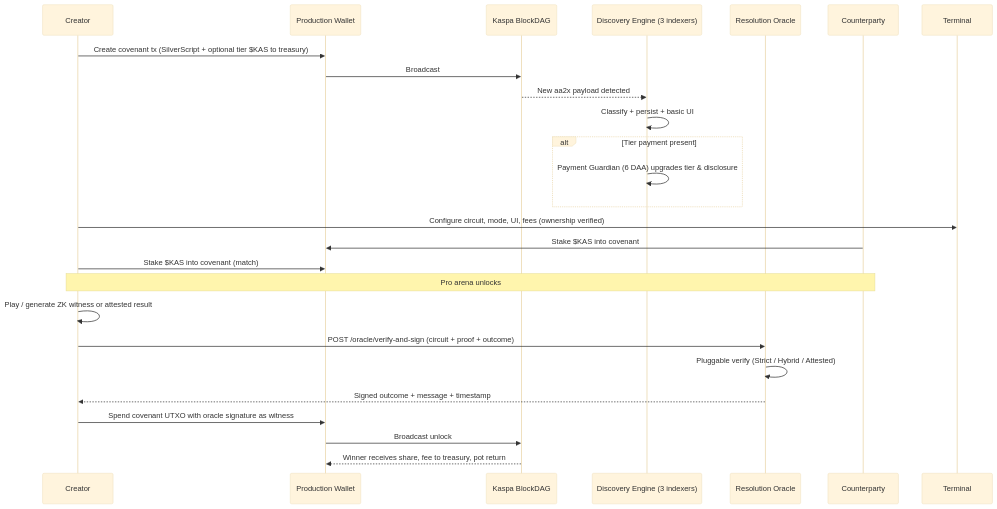
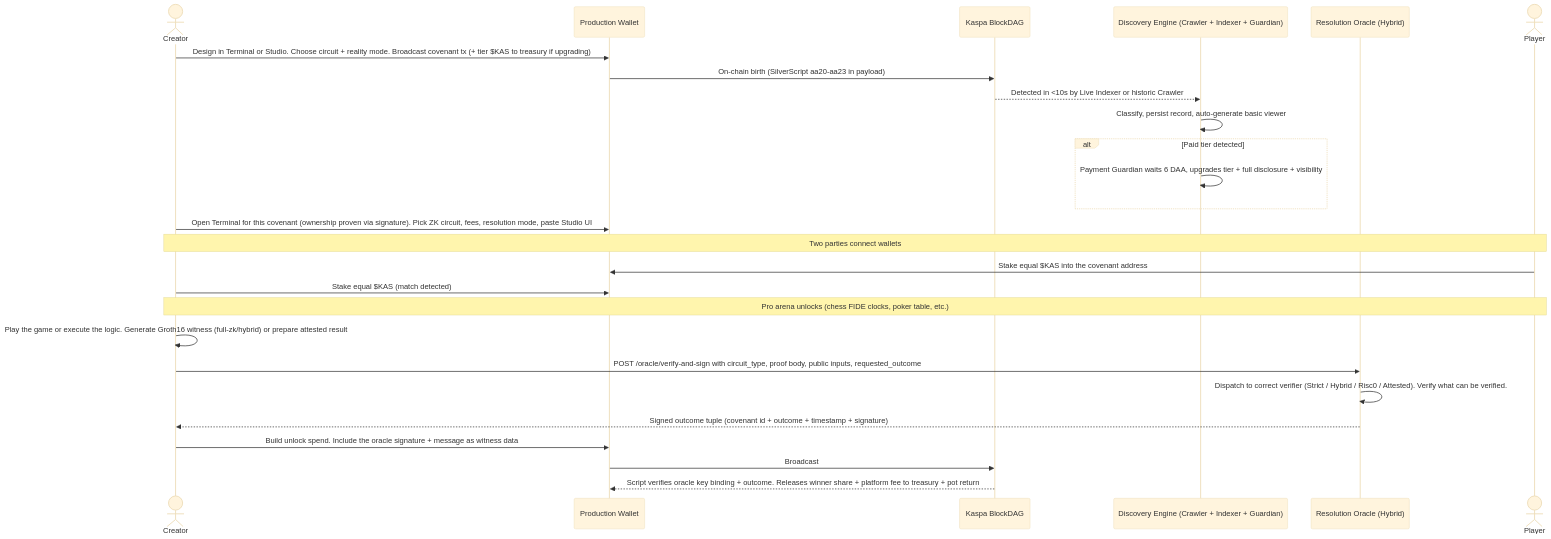
Before and after one commit to THTProtocol/Covex27: the fifth of 5 diagrams in README.md, drawn with Mermaid (base theme). The commit also changed other lines of this file, not shown here.

First line of the commit message:
docs(readme): Bigger focused mermaid diagrams + no em-dashes + more engaging narrative

````diff
--- a/README.md
+++ b/README.md
@@ -370,28 +368,29 @@
 ```mermaid
 sequenceDiagram
-    participant Creator
+    actor Creator
     participant Wallet as Production Wallet
     participant DAG as Kaspa BlockDAG
-    participant Disc as Discovery Engine (3 indexers)
-    participant Oracle as Resolution Oracle
-    participant Player as Counterparty
+    participant Disc as Discovery Engine (Crawler + Indexer + Guardian)
+    participant Oracle as Resolution Oracle (Hybrid)
+    actor Player
 
-    Creator->>Wallet: Create covenant tx (SilverScript + optional tier $KAS to treasury)
+    Creator->>Wallet: Design in Terminal or Studio. Choose circuit + reality mode. Broadcast covenant tx (+ tier $KAS to treasury if upgrading)
+    Wallet->>DAG: On-chain birth (SilverScript aa20-aa23 in payload)
+    DAG-->>Disc: Detected in <10s by Live Indexer or historic Crawler
+    Disc->>Disc: Classify, persist record, auto-generate basic viewer
+    alt Paid tier detected
+        Disc->>Disc: Payment Guardian waits 6 DAA, upgrades tier + full disclosure + visibility
+    end
+    Creator->>Wallet: Open Terminal for this covenant (ownership proven via signature). Pick ZK circuit, fees, resolution mode, paste Studio UI
+    Note over Creator,Player: Two parties connect wallets
+    Player->>Wallet: Stake equal $KAS into the covenant address
+    Creator->>Wallet: Stake equal $KAS (match detected)
+    Note over Creator,Player: Pro arena unlocks (chess FIDE clocks, poker table, etc.)
+    Creator->>Creator: Play the game or execute the logic. Generate Groth16 witness (full-zk/hybrid) or prepare attested result
+    Creator->>Oracle: POST /oracle/verify-and-sign with circuit_type, proof body, public inputs, requested_outcome
+    Oracle->>Oracle: Dispatch to correct verifier (Strict / Hybrid / Risc0 / Attested). Verify what can be verified.
+    Oracle-->>Creator: Signed outcome tuple (covenant id + outcome + timestamp + signature)
+    Creator->>Wallet: Build unlock spend. Include the oracle signature + message as witness data
     Wallet->>DAG: Broadcast
-    DAG-->>Disc: New aa2x payload detected
-    Disc->>Disc: Classify + persist + basic UI
-    alt Tier payment present
-        Disc->>Disc: Payment Guardian (6 DAA) upgrades tier & disclosure
-    end
-    Creator->>Terminal: Configure circuit, mode, UI, fees (ownership verified)
-    Player->>Wallet: Stake $KAS into covenant
-    Creator->>Wallet: Stake $KAS into covenant (match)
-    Note over Creator,Player: Pro arena unlocks
-    Creator->>Creator: Play / generate ZK witness or attested result
-    Creator->>Oracle: POST /oracle/verify-and-sign (circuit + proof + outcome)
-    Oracle->>Oracle: Pluggable verify (Strict / Hybrid / Attested)
-    Oracle-->>Creator: Signed outcome + message + timestamp
-    Creator->>Wallet: Spend covenant UTXO with oracle signature as witness
-    Wallet->>DAG: Broadcast unlock
-    DAG-->>Wallet: Winner receives share, fee to treasury, pot return
+    DAG-->>Wallet: Script verifies oracle key binding + outcome. Releases winner share + platform fee to treasury + pot return
 ```
````
